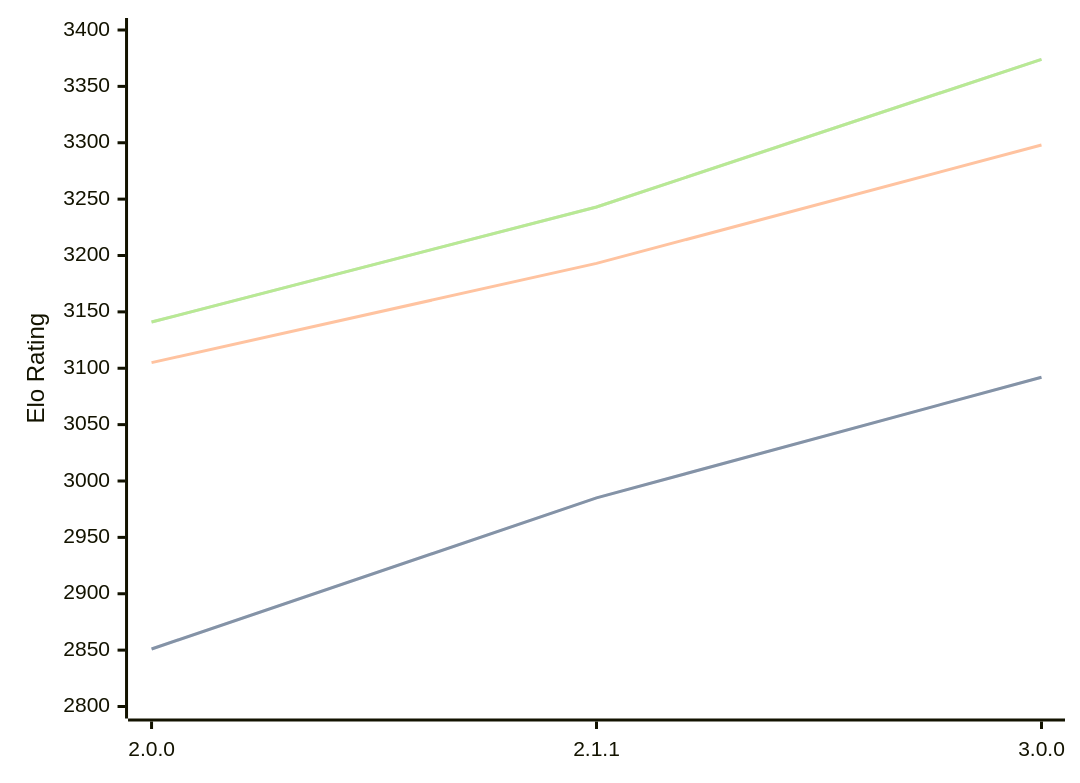
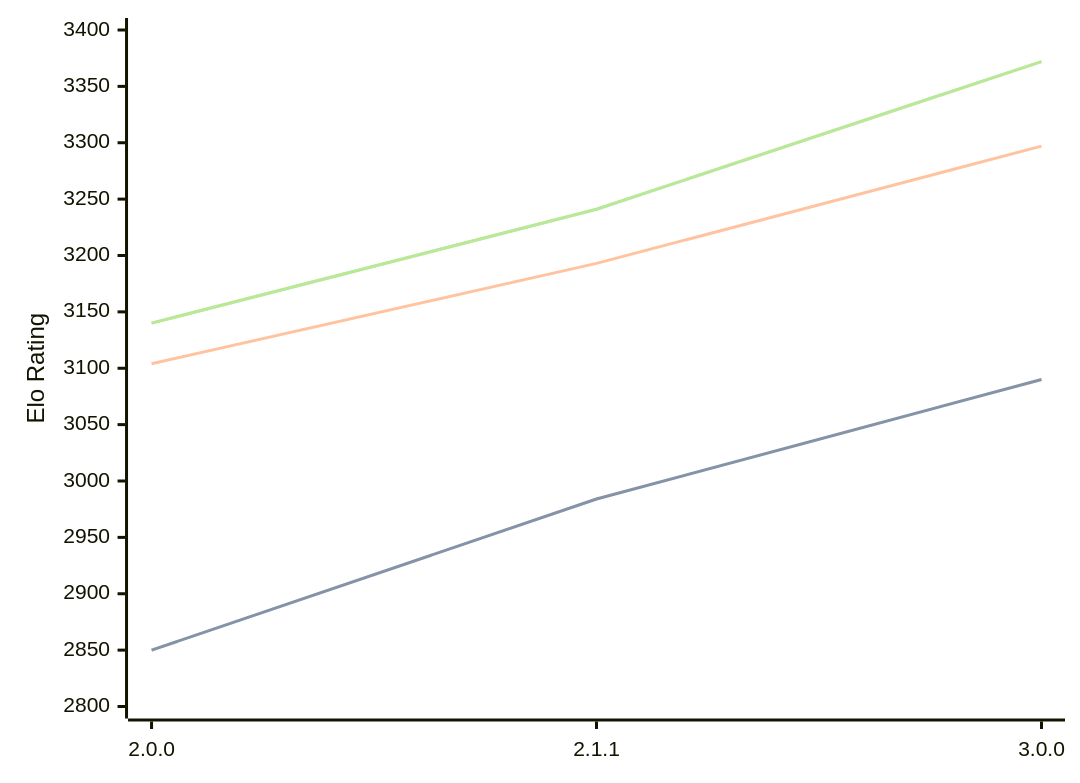
The diagram in engines/Bread.md (computer-chess-index/cci), drawn with Mermaid before and after one commit. The commit also changed other lines of this file, not shown here.

Commit message:
Update CCI Ratings (ELO VLTC) - 2026-06-07

````diff
--- a/engines/Bread.md
+++ b/engines/Bread.md
@@ -51,11 +52,11 @@
 ```mermaid
 %%{init: {"theme":"base","themeVariables":{"seriesColors:['#a3a3a3','#222221','#faa371']}}}%%
 xychart-beta
   x-axis ["2.0.0", "2.1.1", "3.0.0"]
   y-axis "Elo Rating" 2800 --> 3400
-  line "STC (8.0+0.08s)" [2851, 2985, 3092]
-  line "STC (8.0+0.08s)" [2851, 2985, 3092]
-  line "LTC (60.0+0.60s)" [3105, 3193, 3298]
-  line "VLTC (2m24s+1.12s)" [3141, 3243, 3374]
-  line "VLTC (2m24s+1.12s)" [3141, 3243, 3374]
+  line "STC (8.0+0.08s)" [2850, 2984, 3090]
+  line "STC (8.0+0.08s)" [2850, 2984, 3090]
+  line "LTC (60.0+0.60s)" [3104, 3193, 3297]
+  line "VLTC (2m24s+1.12s)" [3140, 3241, 3372]
+  line "VLTC (2m24s+1.12s)" [3140, 3241, 3372]
 ```
````
